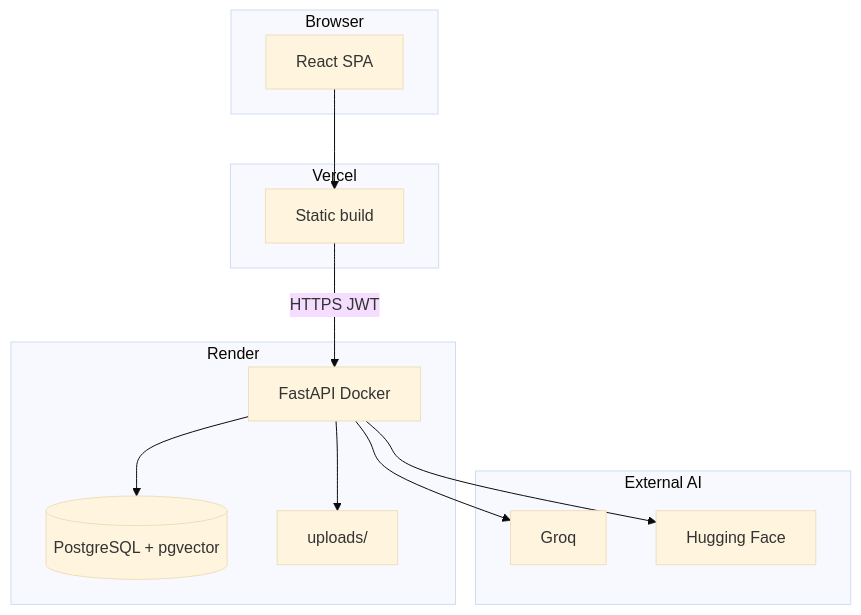
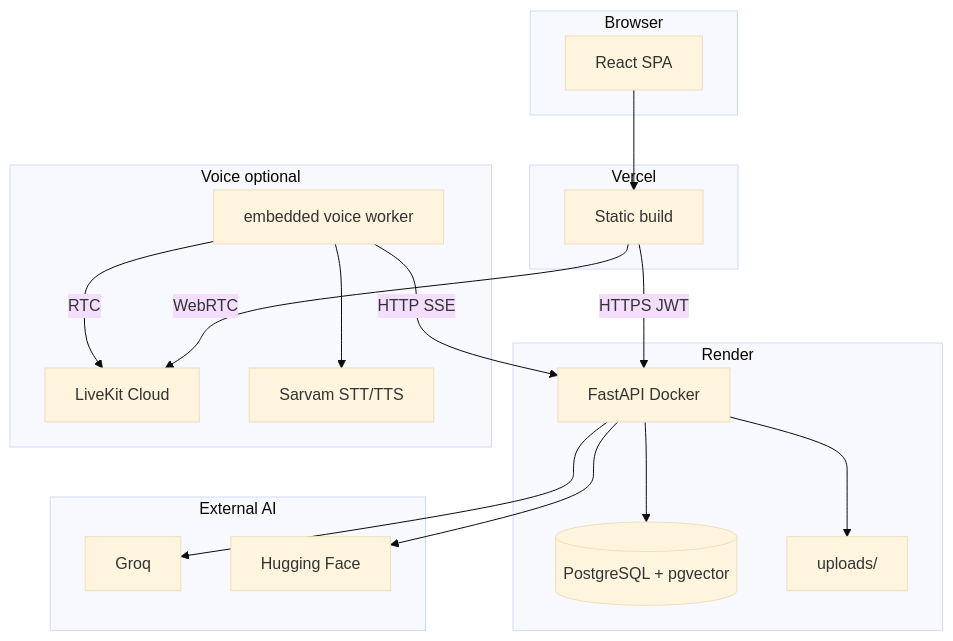
One commit to SHRIYAASK/chatbot-platform_assignment changed the second of 7 diagrams in README.md. Above: the diagram before and after it, drawn with Mermaid (base theme). The commit also changed other lines of this file and 40 other files, not shown here.

First line of the commit message:
Add voice calls, AI description rewrite, and embedded voice worker.

````diff
--- a/README.md
+++ b/README.md
@@ -53,24 +57,33 @@
 ```mermaid
 flowchart TB
     subgraph Client["Browser"]
         UI[React SPA]
     end
     subgraph Vercel["Vercel"]
         FE[Static build]
     end
     subgraph Render["Render"]
         API[FastAPI Docker]
         PG[(PostgreSQL + pgvector)]
         FS[uploads/]
     end
+    subgraph Voice["Voice optional"]
+        LK[LiveKit Cloud]
+        VA[embedded voice worker]
+        SV[Sarvam STT/TTS]
+    end
     subgraph External["External AI"]
         Groq[Groq]
         HF[Hugging Face]
     end
     UI --> FE
     FE -->|HTTPS JWT| API
     API --> PG
     API --> FS
     API --> Groq
     API --> HF
+    FE -->|WebRTC| LK
+    VA -->|RTC| LK
+    VA --> SV
+    VA -->|HTTP SSE| API
 ```
````
